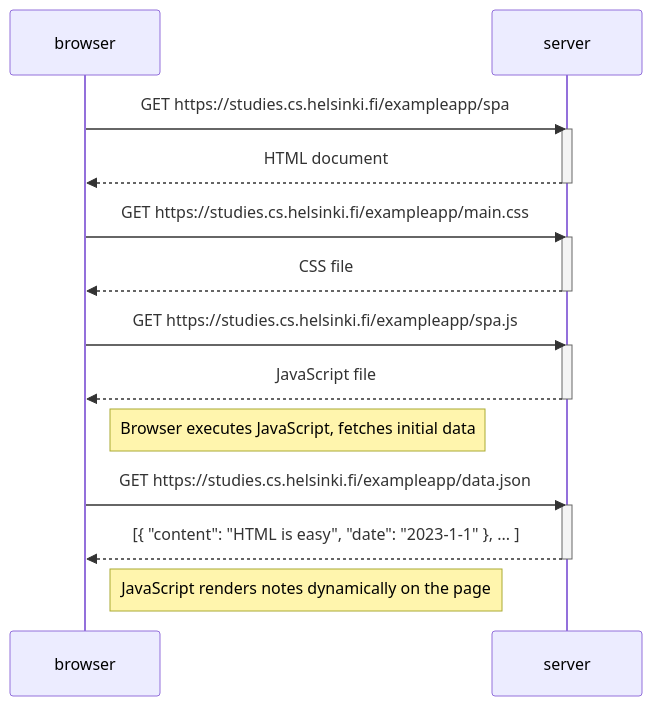
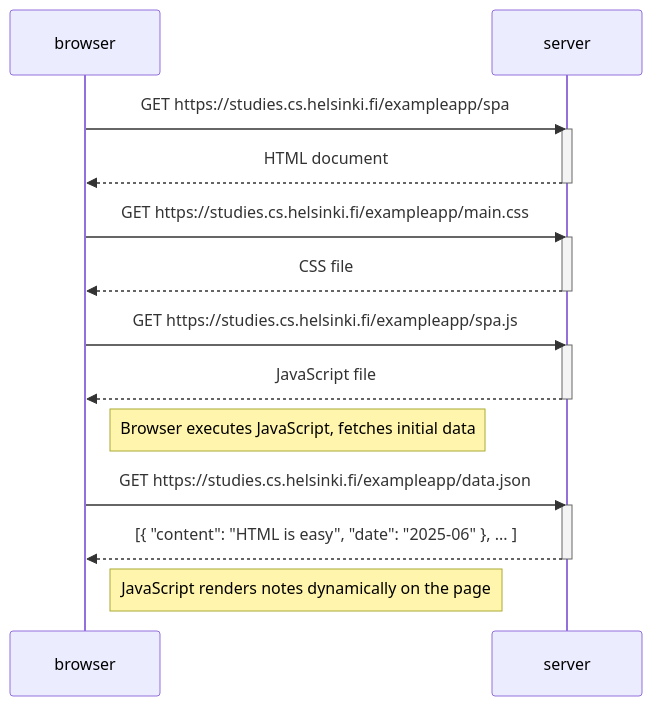
One commit to lpi-tech/fullstackopen-part0 changed the diagram in part0/0.5-spa-diagram.md. Above: the diagram before and after it, drawn with Mermaid.

````diff
--- a/part0/0.5-spa-diagram.md
+++ b/part0/0.5-spa-diagram.md
@@ -1,29 +1,29 @@
 ```mermaid
 sequenceDiagram
     participant browser
     participant server
 
     browser->>server: GET https://studies.cs.helsinki.fi/exampleapp/spa 
     activate server
     server-->>browser: HTML document
     deactivate server
 
     browser->>server: GET https://studies.cs.helsinki.fi/exampleapp/main.css 
     activate server
     server-->>browser: CSS file
     deactivate server
 
     browser->>server: GET https://studies.cs.helsinki.fi/exampleapp/spa.js 
     activate server
     server-->>browser: JavaScript file
     deactivate server
 
     Note right of browser: Browser executes JavaScript, fetches initial data
 
     browser->>server: GET https://studies.cs.helsinki.fi/exampleapp/data.json 
     activate server
-    server-->>browser: [{ "content": "HTML is easy", "date": "2023-1-1" }, ... ]
+    server-->>browser: [{ "content": "HTML is easy", "date": "2025-06" }, ... ]
     deactivate server
 
     Note right of browser: JavaScript renders notes dynamically on the page
 ```
````
